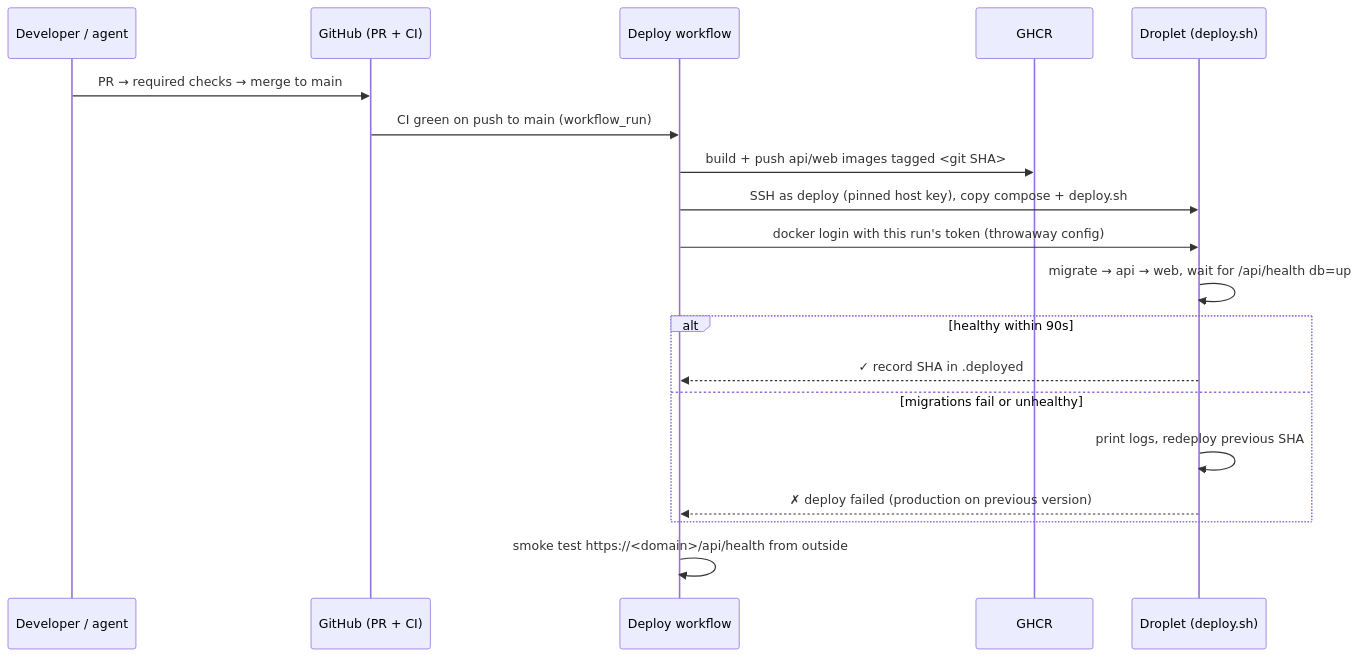
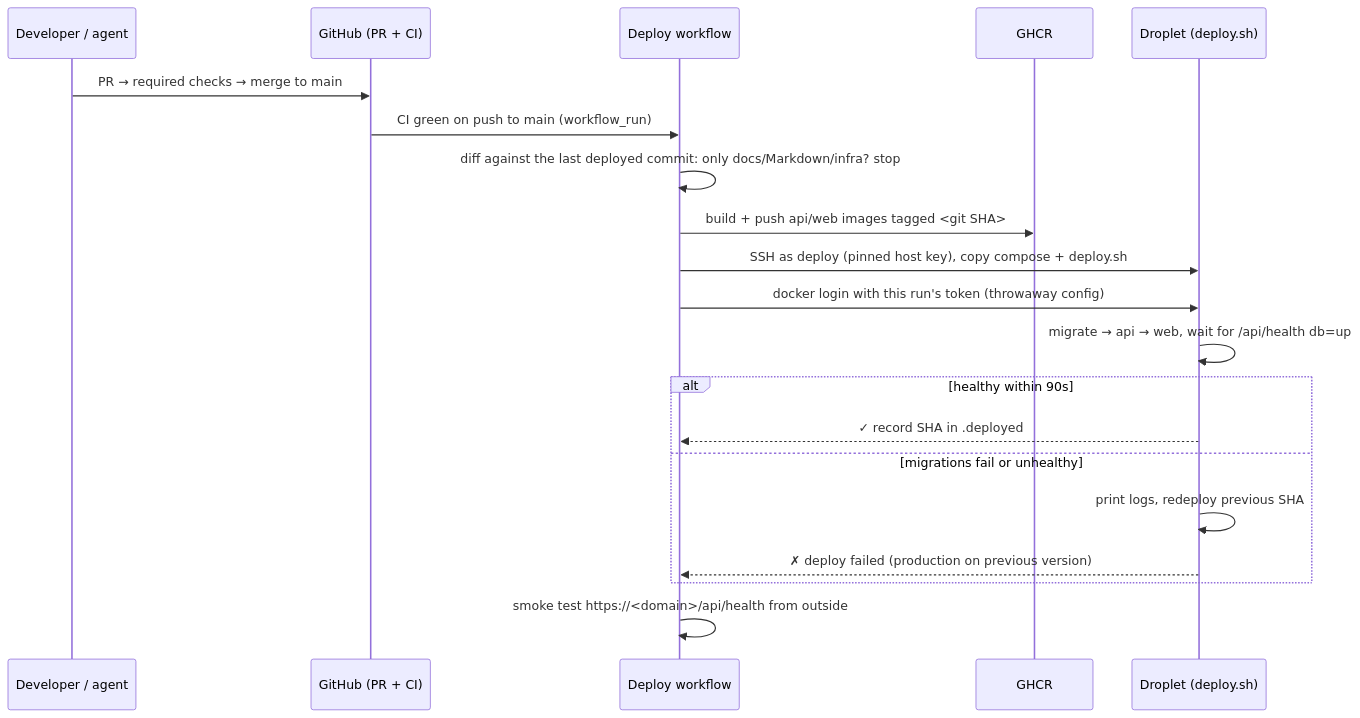
Before and after one commit to brianpatterson/interview-app: the sixth of 6 diagrams in docs/architecture.md, drawn with Mermaid. The commit also changed other lines of this file and 3 other files, not shown here.

First line of the commit message:
fix(deploy): stop paging on deploy blips and skip docs-only deploys (#34)

````diff
--- a/docs/architecture.md
+++ b/docs/architecture.md
@@ -267,21 +268,22 @@
 ```mermaid
 sequenceDiagram
   participant Dev as Developer / agent
   participant GH as GitHub (PR + CI)
   participant D as Deploy workflow
   participant R as GHCR
   participant S as Droplet (deploy.sh)
   Dev->>GH: PR → required checks → merge to main
   GH->>D: CI green on push to main (workflow_run)
+  D->>D: diff against the last deployed commit: only docs/Markdown/infra? stop
   D->>R: build + push api/web images tagged <git SHA>
   D->>S: SSH as deploy (pinned host key), copy compose + deploy.sh
   D->>S: docker login with this run's token (throwaway config)
   S->>S: migrate → api → web, wait for /api/health db=up
   alt healthy within 90s
     S-->>D: ✓ record SHA in .deployed
   else migrations fail or unhealthy
     S->>S: print logs, redeploy previous SHA
     S-->>D: ✗ deploy failed (production on previous version)
   end
   D->>D: smoke test https://<domain>/api/health from outside
 ```
````
